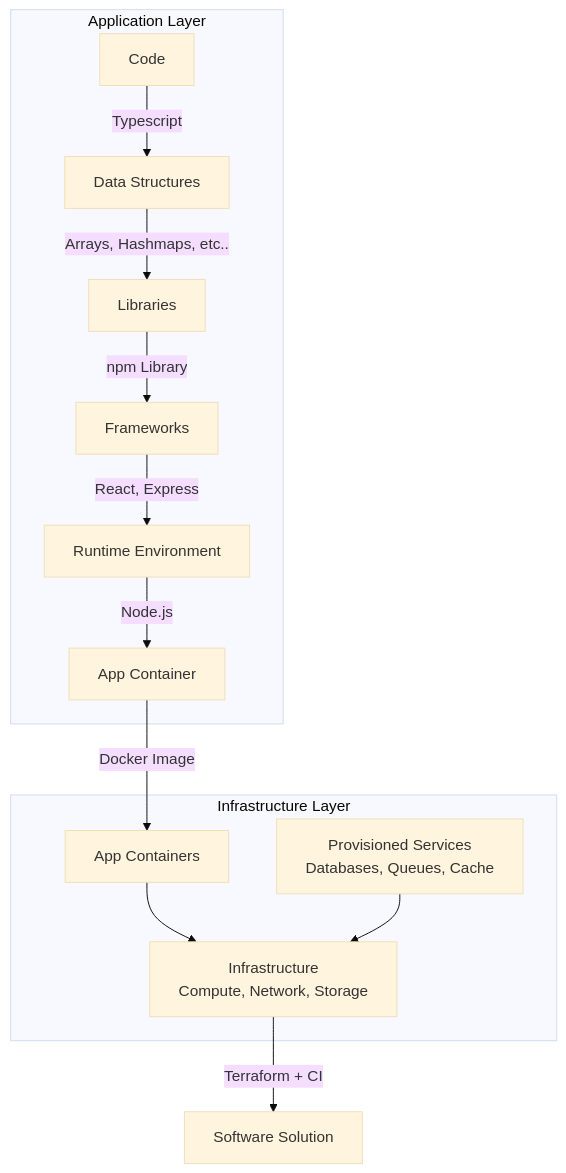
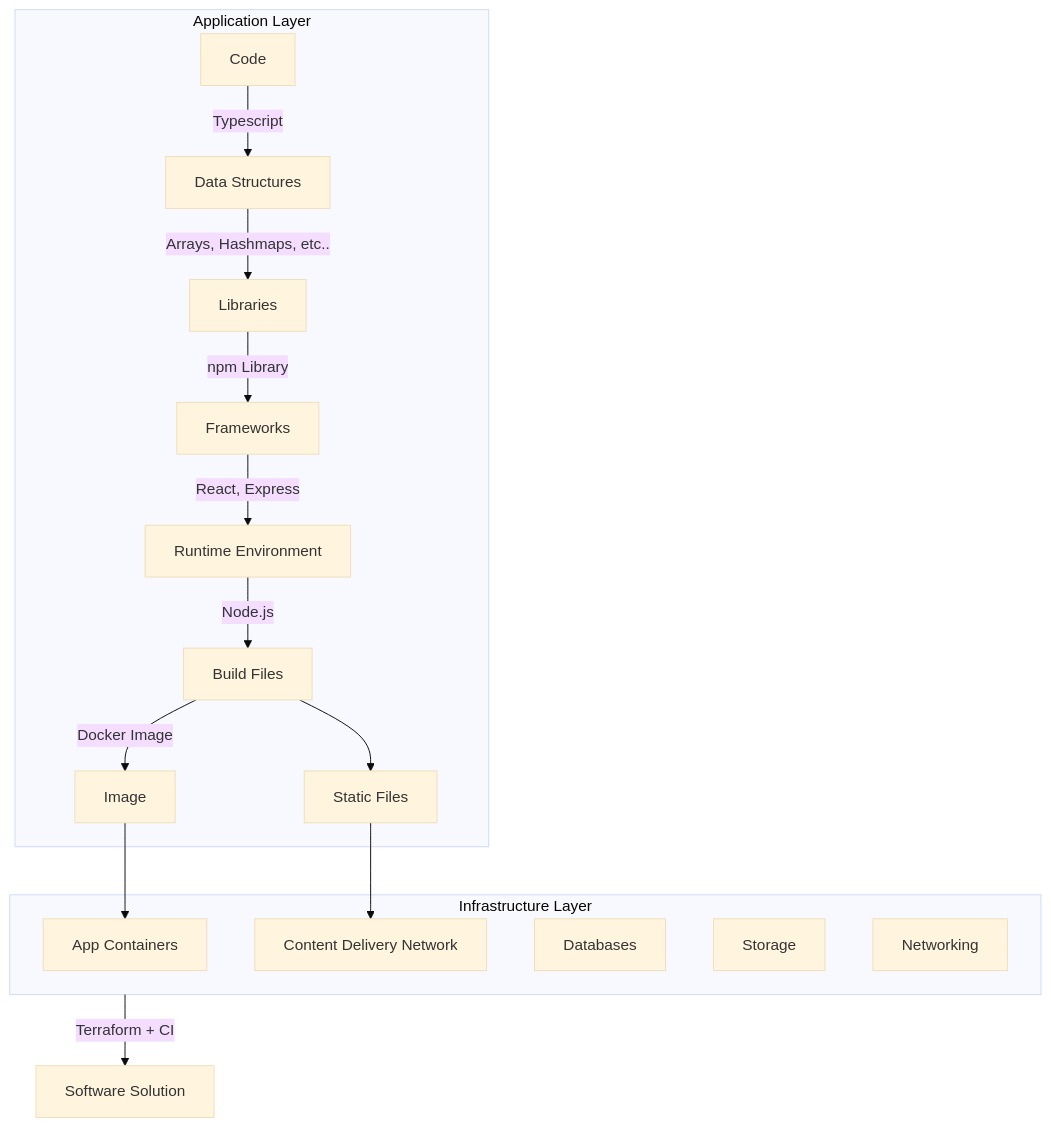
One commit to iamharryliu/vigilant-broccoli changed the first of 3 diagrams in notes/tech/software/general/software-breakdown.md. Above: the diagram before and after it, drawn with Mermaid (base theme). The commit also changed other lines of this file, not shown here.

Commit message:
docs(notes): Update Markdown notes.

````diff
--- a/notes/tech/software/general/software-breakdown.md
+++ b/notes/tech/software/general/software-breakdown.md
@@ -12,29 +9,34 @@
 ```mermaid
 flowchart TB
 
 subgraph APPLICATION_LAYER[Application Layer]
   CODE[Code]
   DATA_STRUCTURES[Data Structures]
   LIBRARIES[Libraries]
   FRAMEWORKS[Frameworks]
   RUNTIME[Runtime Environment]
-  APP_CONTAINER[App Container]
+  BUILD_FILES[Build Files]
+  IMAGE[Image]
+  STATIC_FILES[Static Files]
 end
 
 subgraph INFRASTRUCTURE_LAYER[Infrastructure Layer]
-  APP_CONTAINERS[App Containers]
-  EXTERNAL_SERVICES[Provisioned Services<br/>Databases, Queues, Cache]
-  INFRASTRUCTURE[Infrastructure<br/>Compute, Network, Storage]
+    APP_CONTAINERS[App Containers]
+    INFRASTRUCTURE_LAYER_CDN[Content Delivery Network]
+    INFRASTRUCTURE_LAYER_DATABASE[Databases]
+    INFRASTRUCTURE_LAYER_STORAGE[Storage]
+    INFRASTRUCTURE_LAYER_NETWORKING[Networking]
 end
 SOFTWARE_SOLUTION[Software Solution]
 
 CODE --> |Typescript|DATA_STRUCTURES
 DATA_STRUCTURES --> |Arrays, Hashmaps, etc..| LIBRARIES
 LIBRARIES -->|npm Library| FRAMEWORKS
 FRAMEWORKS -->|React, Express| RUNTIME
-RUNTIME -->|Node.js| APP_CONTAINER
-APP_CONTAINER --> |Docker Image| APP_CONTAINERS
-  -->  INFRASTRUCTURE
-EXTERNAL_SERVICES --> INFRASTRUCTURE
-INFRASTRUCTURE --> |Terraform + CI|SOFTWARE_SOLUTION
+RUNTIME -->|Node.js| BUILD_FILES
+
+STATIC_FILES --> INFRASTRUCTURE_LAYER_CDN
+BUILD_FILES --> |Docker Image| IMAGE--> APP_CONTAINERS
+BUILD_FILES --> STATIC_FILES
+INFRASTRUCTURE_LAYER --> |Terraform + CI|SOFTWARE_SOLUTION
 ```
````
